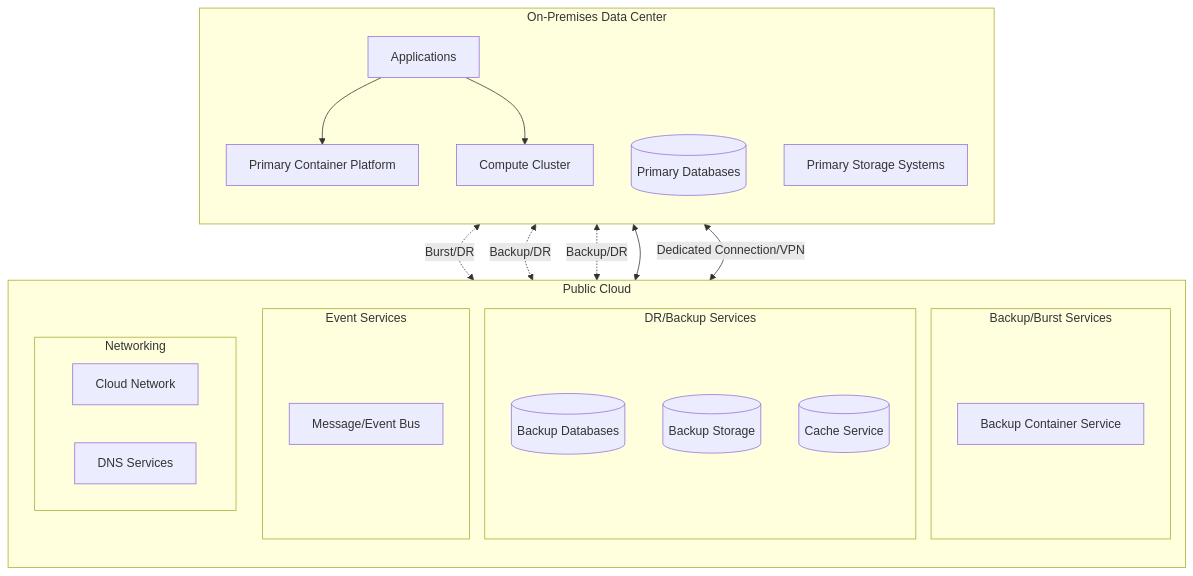
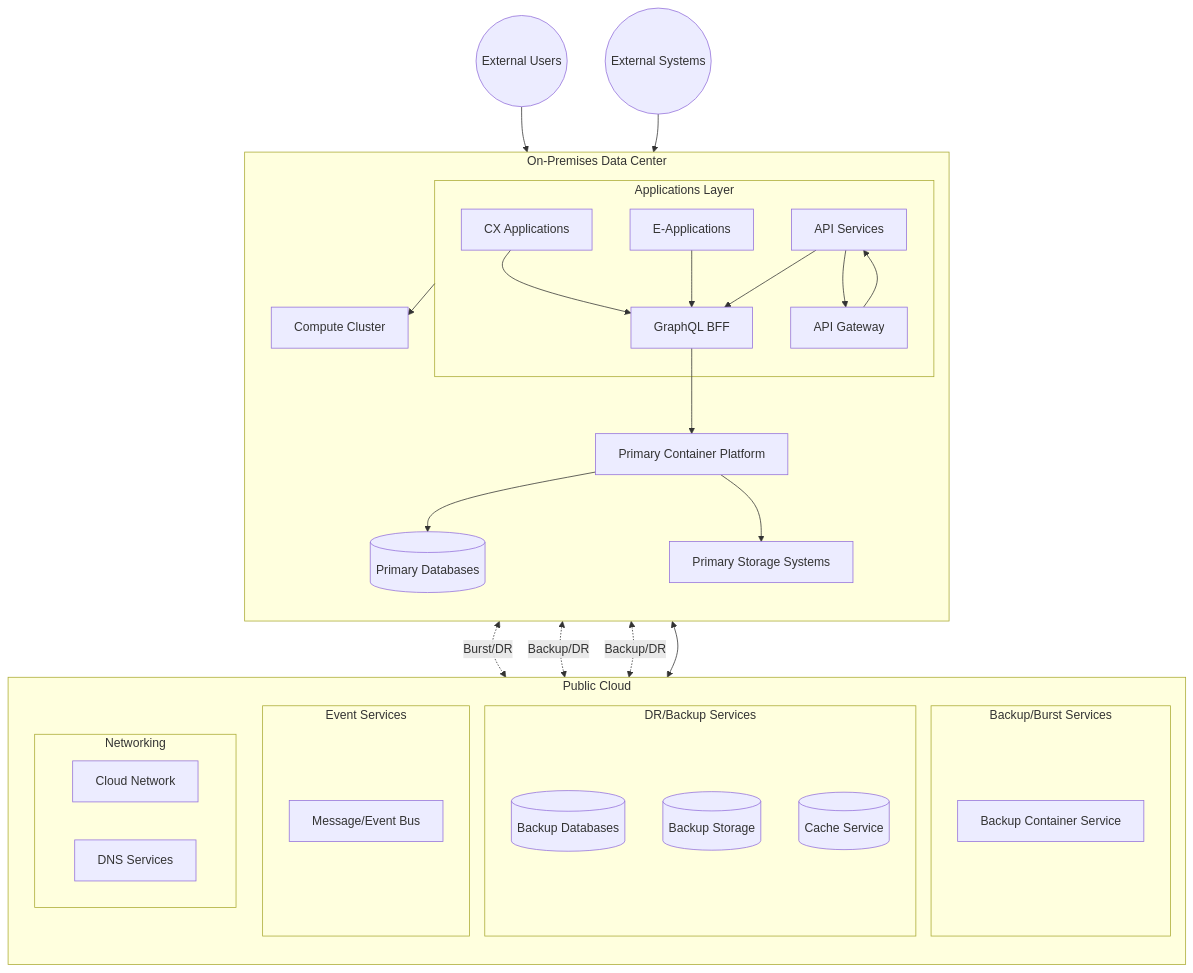
One commit to henryrestive/infra-docs changed the diagram in Generic-HybridCloud.md. Above: the diagram before and after it, drawn with Mermaid. The commit also changed other lines of this file and 2 other files, not shown here.

Commit message:
Adding details of `Applications` and API Gateway

````diff
--- a/Generic-HybridCloud.md
+++ b/Generic-HybridCloud.md
@@ -8,41 +8,57 @@
 ```mermaid
 graph TB
     subgraph OnPrem[On-Premises Data Center]
         direction TB
-        Apps[Applications]
+        subgraph Apps[Applications Layer]
+            CX[CX Applications]
+            EApp[E-Applications]
+            API[API Services]
+            BFF[GraphQL BFF]
+            Gateway[API Gateway]
+        end
+        
         ContainerPlatform[Primary Container Platform]
         PrimaryDB[(Primary Databases)]
         PrimaryStorage[Primary Storage Systems]
         ComputeCluster[Compute Cluster]
     end
 
     subgraph Cloud[Public Cloud]
         direction TB
         subgraph Compute[Backup/Burst Services]
             BackupContainers[Backup Container Service]
         end
         
         subgraph Data[DR/Backup Services]
             BackupDB[(Backup Databases)]
             BackupStorage[(Backup Storage)]
             Cache[(Cache Service)]
         end
         
         subgraph Messaging[Event Services]
             EventBus[Message/Event Bus]
         end
         
         subgraph Network[Networking]
             CloudNet[Cloud Network]
             DNS[DNS Services]
         end
     end
 
-    OnPrem <--> |Dedicated Connection/VPN| Network
-    Apps --> ContainerPlatform
+    ExternalUsers((External Users))
+    ExternalSystems((External Systems))
+
+    CX & EApp & API --> BFF
+    API --> Gateway
+    Gateway --> API
+    ExternalUsers --> Gateway
+    ExternalSystems --> Gateway
+    BFF --> ContainerPlatform
+    ContainerPlatform --> PrimaryDB
+    ContainerPlatform --> PrimaryStorage
     Apps --> ComputeCluster
     ContainerPlatform <-.->|Burst/DR| BackupContainers
     PrimaryDB <-.->|Backup/DR| BackupDB
     PrimaryStorage <-.->|Backup/DR| BackupStorage
-    Apps <--> EventBus
+    API <--> EventBus
 ```
````
